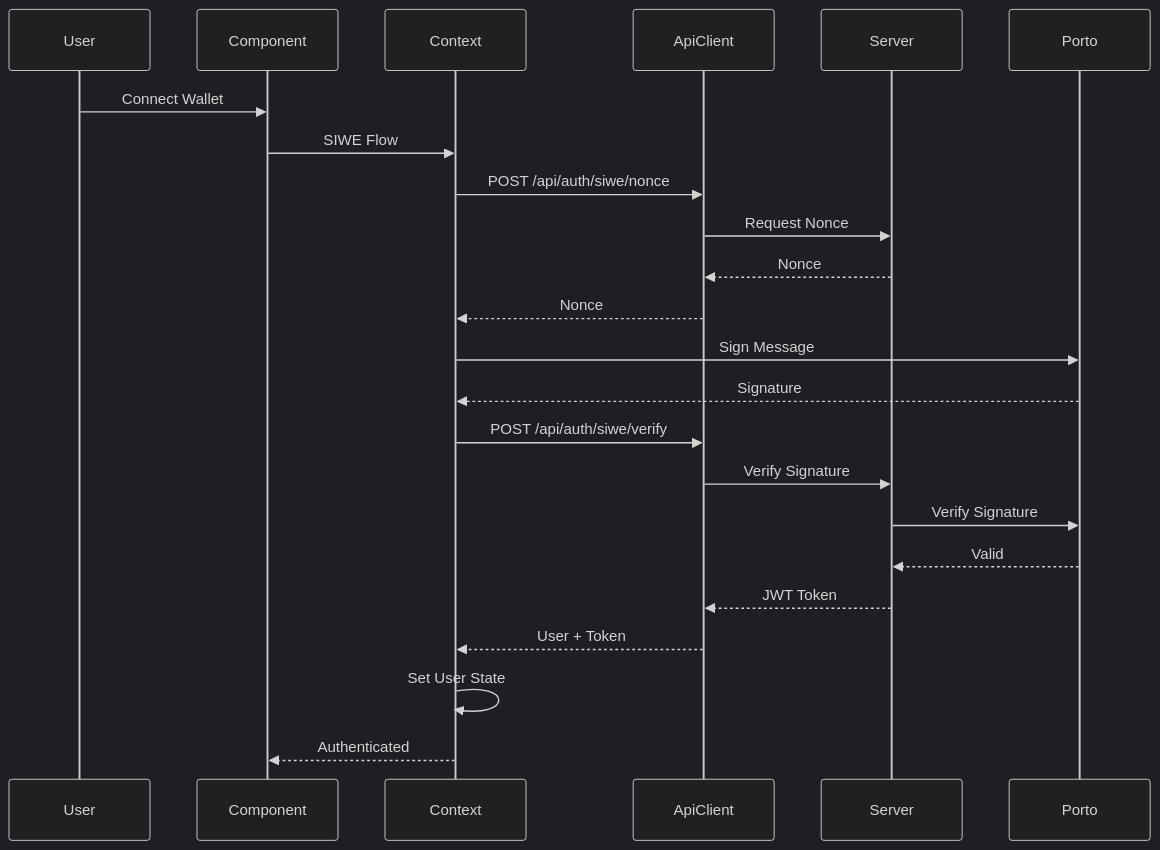
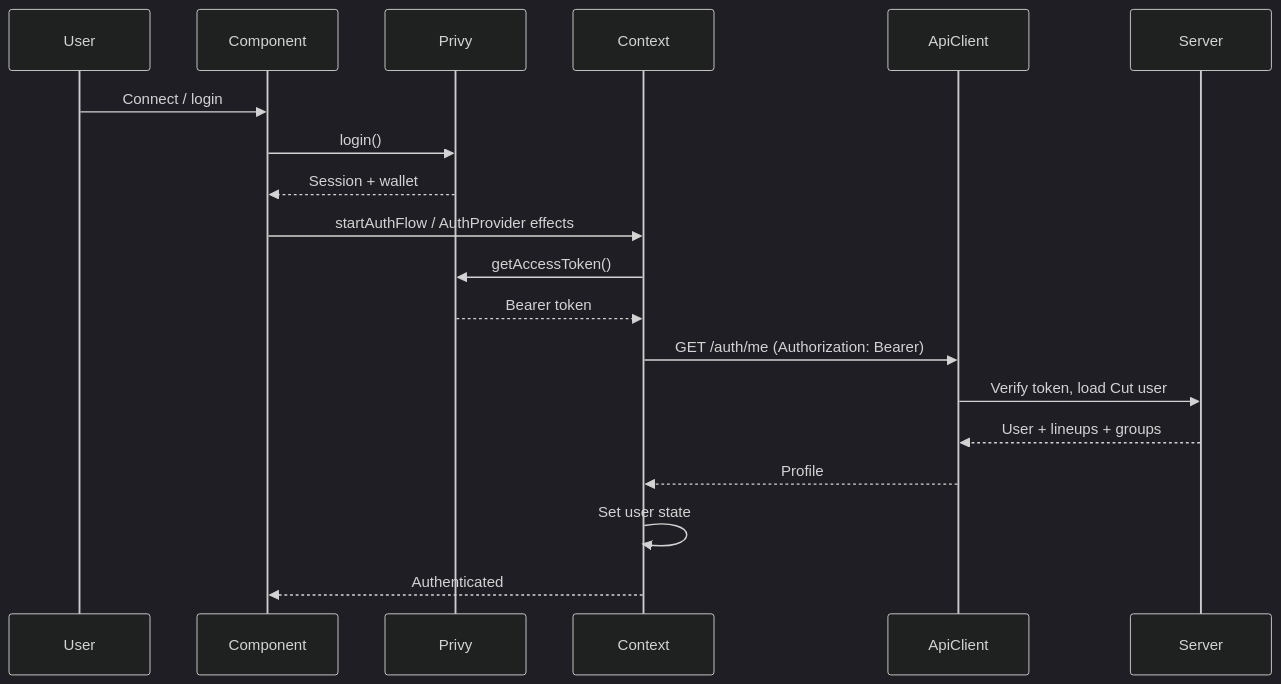
The seventh of 8 diagrams in spec/client/data-flow.md (MagRelo/cut), drawn with Mermaid (dark theme) before and after one commit. The commit also changed other lines of this file and 62 other files, not shown here.

````diff
--- a/spec/client/data-flow.md
+++ b/spec/client/data-flow.md
@@ -137,26 +134,22 @@
 ```mermaid
 sequenceDiagram
     participant User
     participant Component
+    participant Privy
     participant Context
     participant ApiClient
     participant Server
-    participant Porto
     
-    User->>Component: Connect Wallet
-    Component->>Context: SIWE Flow
-    Context->>ApiClient: POST /api/auth/siwe/nonce
-    ApiClient->>Server: Request Nonce
-    Server-->>ApiClient: Nonce
-    ApiClient-->>Context: Nonce
-    Context->>Porto: Sign Message
-    Porto-->>Context: Signature
-    Context->>ApiClient: POST /api/auth/siwe/verify
-    ApiClient->>Server: Verify Signature
-    Server->>Porto: Verify Signature
-    Porto-->>Server: Valid
-    Server-->>ApiClient: JWT Token
-    ApiClient-->>Context: User + Token
-    Context->>Context: Set User State
+    User->>Component: Connect / login
+    Component->>Privy: login()
+    Privy-->>Component: Session + wallet
+    Component->>Context: startAuthFlow / AuthProvider effects
+    Context->>Privy: getAccessToken()
+    Privy-->>Context: Bearer token
+    Context->>ApiClient: GET /auth/me (Authorization: Bearer)
+    ApiClient->>Server: Verify token, load Cut user
+    Server-->>ApiClient: User + lineups + groups
+    ApiClient-->>Context: Profile
+    Context->>Context: Set user state
     Context-->>Component: Authenticated
 ```
````
